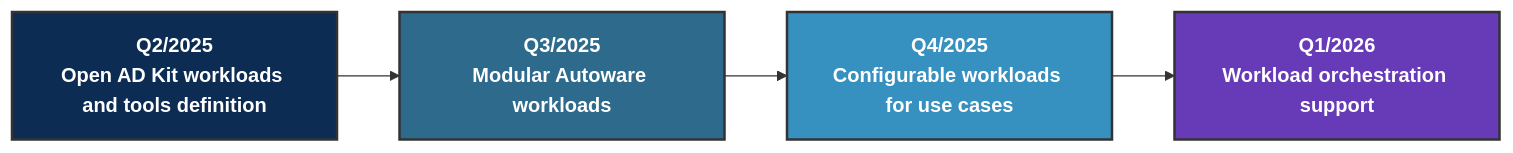
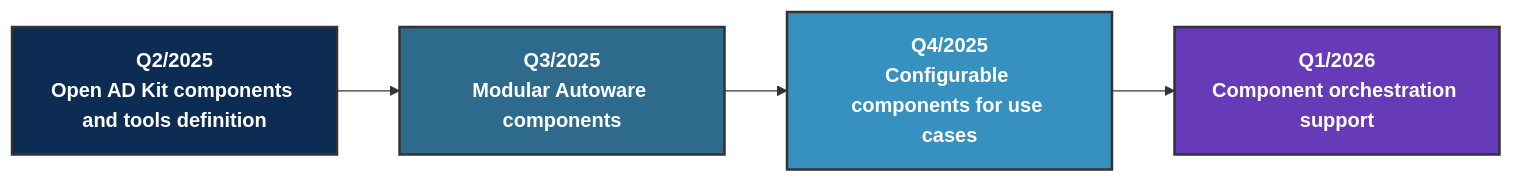
One commit to oguzkaganozt/openadkit changed the diagram in README.md. Above: the diagram before and after it, drawn with Mermaid. The commit also changed other lines of this file and 14 other files, not shown here.

Commit message:
Refactor documentation to replace "workloads" with "components" throughout the project.

````diff
--- a/README.md
+++ b/README.md
@@ -67,19 +67,19 @@
 ```mermaid
 graph LR
-    A[Q2/2025<br/>Open AD Kit workloads and tools definition]
-    B[Q3/2025<br/>Modular Autoware workloads]
-    C[Q4/2025<br/>Configurable workloads for use cases]
-    D[Q1/2026<br/>Workload orchestration support]
+    A[Q2/2025<br/>Open AD Kit components and tools definition]
+    B[Q3/2025<br/>Modular Autoware components]
+    C[Q4/2025<br/>Configurable components for use cases]
+    D[Q1/2026<br/>Component orchestration support]
 
     A --> B --> C --> D;
 
     classDef p1 fill:#0d2c54,stroke:#333,stroke-width:2px,color:#fff,font-weight:bold;
     classDef p2 fill:#2d6a8b,stroke:#333,stroke-width:2px,color:#fff,font-weight:bold;
     classDef p3 fill:#3690c0,stroke:#333,stroke-width:2px,color:#fff,font-weight:bold;
     classDef p4 fill:#673ab7,stroke:#333,stroke-width:2px,color:#fff,font-weight:bold;
 
     class A p1;
     class B p2;
     class C p3;
     class D p4;
 ```
````
